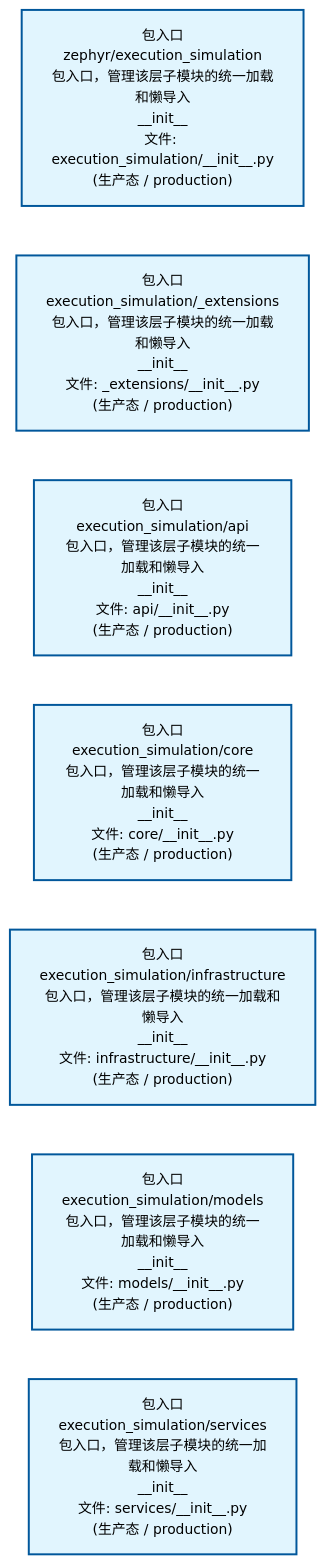
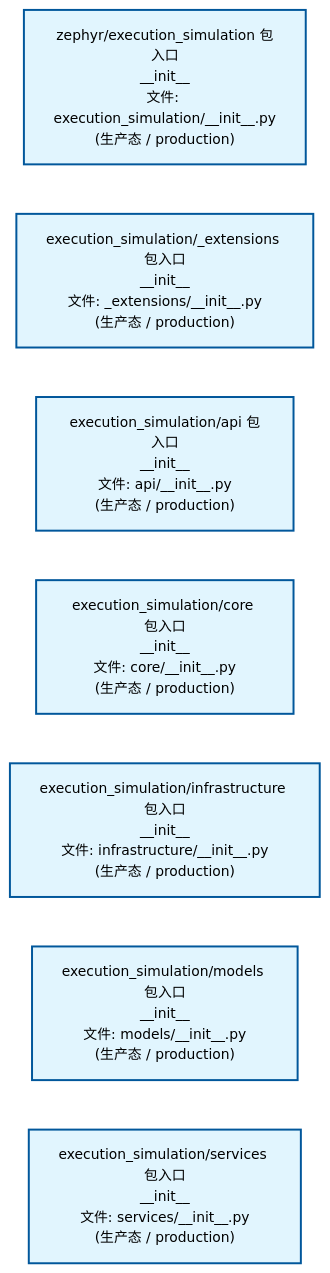
Before and after one commit to xuanFelixVan/ZephyrAlpha: the second of 2 diagrams in docs/02_enterprise_architecture/02_domain_architecture_docs/43_d_exec_sim.md, drawn with Mermaid. The commit also changed other lines of this file and 61 other files, not shown here.

````diff
--- a/docs/02_enterprise_architecture/02_domain_architecture_docs/43_d_exec_sim.md
+++ b/docs/02_enterprise_architecture/02_domain_architecture_docs/43_d_exec_sim.md
@@ -80,22 +80,22 @@
 ```mermaid
 %%{init: {'theme': 'base', 'themeVariables': {'primaryColor': '#eaeaea', 'primaryTextColor': '#333333', 'primaryBorderColor': '#666666', 'lineColor': '#666666', 'secondaryColor': '#eaeaea', 'tertiaryColor': '#eaeaea', 'fontSize': '14px'}}}%%
 flowchart TD
-    src_zephyr_execution_simulation_init_py["包入口<br/>zephyr/execution_simulation<br/>包入口，管理该层子模块的统一加载和懒导入<br/>__init__<br/>文件: execution_simulation/__init__.py<br/>(生产态 / production)"]
-    src_zephyr_execution_simulation_extensions_init_py["包入口<br/>execution_simulation/_extensions<br/>包入口，管理该层子模块的统一加载和懒导入<br/>__init__<br/>文件: _extensions/__init__.py<br/>(生产态 / production)"]
-    src_zephyr_execution_simulation_api_init_py["包入口<br/>execution_simulation/api<br/>包入口，管理该层子模块的统一加载和懒导入<br/>__init__<br/>文件: api/__init__.py<br/>(生产态 / production)"]
-    src_zephyr_execution_simulation_core_init_py["包入口<br/>execution_simulation/core<br/>包入口，管理该层子模块的统一加载和懒导入<br/>__init__<br/>文件: core/__init__.py<br/>(生产态 / production)"]
-    src_zephyr_execution_simulation_infrastructure_init_py["包入口<br/>execution_simulation/infrastructure<br/>包入口，管理该层子模块的统一加载和懒导入<br/>__init__<br/>文件: infrastructure/__init__.py<br/>(生产态 / production)"]
-    src_zephyr_execution_simulation_models_init_py["包入口<br/>execution_simulation/models<br/>包入口，管理该层子模块的统一加载和懒导入<br/>__init__<br/>文件: models/__init__.py<br/>(生产态 / production)"]
-    src_zephyr_execution_simulation_services_init_py["包入口<br/>execution_simulation/services<br/>包入口，管理该层子模块的统一加载和懒导入<br/>__init__<br/>文件: services/__init__.py<br/>(生产态 / production)"]
+    src_zephyr_execution_simulation_init_py["zephyr/execution_simulation 包入口<br/>__init__<br/>文件: execution_simulation/__init__.py<br/>(生产态 / production)"]
+    src_zephyr_execution_simulation_extensions_init_py["execution_simulation/_extensions 包入口<br/>__init__<br/>文件: _extensions/__init__.py<br/>(生产态 / production)"]
+    src_zephyr_execution_simulation_api_init_py["execution_simulation/api 包入口<br/>__init__<br/>文件: api/__init__.py<br/>(生产态 / production)"]
+    src_zephyr_execution_simulation_core_init_py["execution_simulation/core 包入口<br/>__init__<br/>文件: core/__init__.py<br/>(生产态 / production)"]
+    src_zephyr_execution_simulation_infrastructure_init_py["execution_simulation/infrastructure 包入口<br/>__init__<br/>文件: infrastructure/__init__.py<br/>(生产态 / production)"]
+    src_zephyr_execution_simulation_models_init_py["execution_simulation/models 包入口<br/>__init__<br/>文件: models/__init__.py<br/>(生产态 / production)"]
+    src_zephyr_execution_simulation_services_init_py["execution_simulation/services 包入口<br/>__init__<br/>文件: services/__init__.py<br/>(生产态 / production)"]
     src_zephyr_execution_simulation_init_py ~~~ src_zephyr_execution_simulation_extensions_init_py
     src_zephyr_execution_simulation_extensions_init_py ~~~ src_zephyr_execution_simulation_api_init_py
     src_zephyr_execution_simulation_api_init_py ~~~ src_zephyr_execution_simulation_core_init_py
     src_zephyr_execution_simulation_core_init_py ~~~ src_zephyr_execution_simulation_infrastructure_init_py
     src_zephyr_execution_simulation_infrastructure_init_py ~~~ src_zephyr_execution_simulation_models_init_py
     src_zephyr_execution_simulation_models_init_py ~~~ src_zephyr_execution_simulation_services_init_py
     classDef production fill:#e1f5fe,stroke:#01579b,stroke-width:2px,color:#000
     classDef design fill:#fff3e0,stroke:#e65100,stroke-width:2px,color:#000,stroke-dasharray: 5 5
     classDef external_prod fill:#e8f4fd,stroke:#0277bd,stroke-width:1px,color:#000
     classDef external_design fill:#fff8e7,stroke:#ef6c00,stroke-width:1px,color:#000,stroke-dasharray: 5 5
     class src_zephyr_execution_simulation_init_py,src_zephyr_execution_simulation_extensions_init_py,src_zephyr_execution_simulation_api_init_py,src_zephyr_execution_simulation_core_init_py,src_zephyr_execution_simulation_infrastructure_init_py,src_zephyr_execution_simulation_models_init_py,src_zephyr_execution_simulation_services_init_py production
 ```
````
